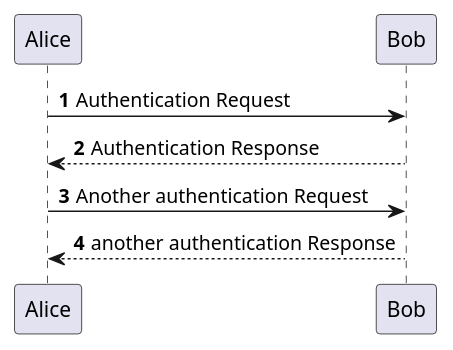
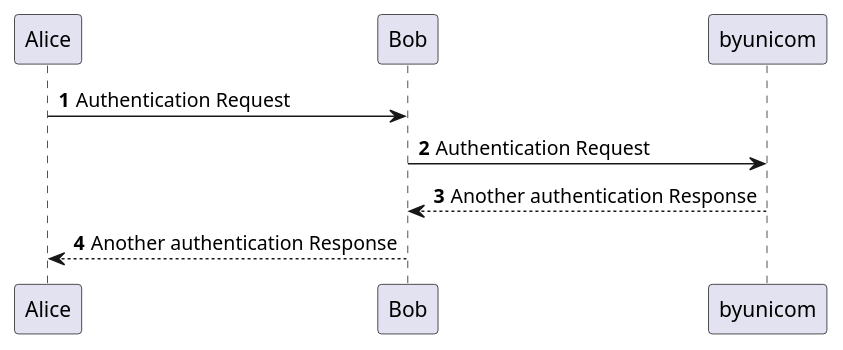
Before and after one commit to byunicom/likelion: the diagram in happyJava/src/test.puml, drawn with PlantUML. The commit also changed 19 other files, not shown here.

```diff
--- a/happyJava/src/test.puml
+++ b/happyJava/src/test.puml
@@ -1,13 +1,19 @@
 @startuml
 'https://plantuml.com/sequence-diagram
 
 autonumber
 
 Alice -> Bob: Authentication Request
-Bob --> Alice: Authentication Response
+Bob -> byunicom: Authentication Request
 
-Alice -> Bob: Another authentication Request
-Alice <-- Bob: another authentication Response
+Bob <-- byunicom: Another authentication Response
+Alice <-- Bob: Another authentication Response
+'byunicom --> Alice: Authentication Response
+'
+'
+'Alice <-- Bob: another authentication Response
+
+
 
 
 @enduml
```
